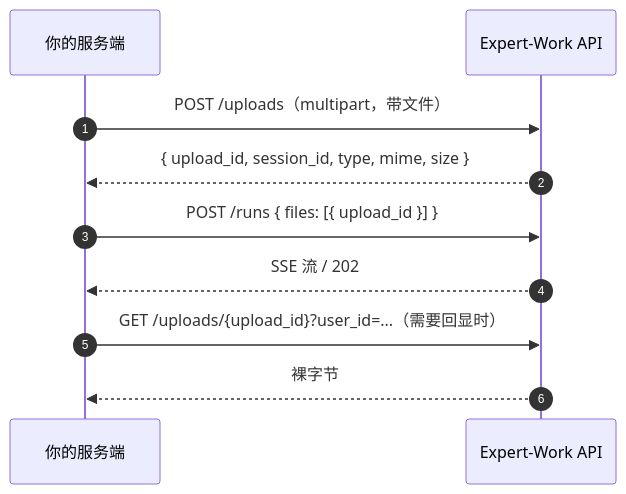
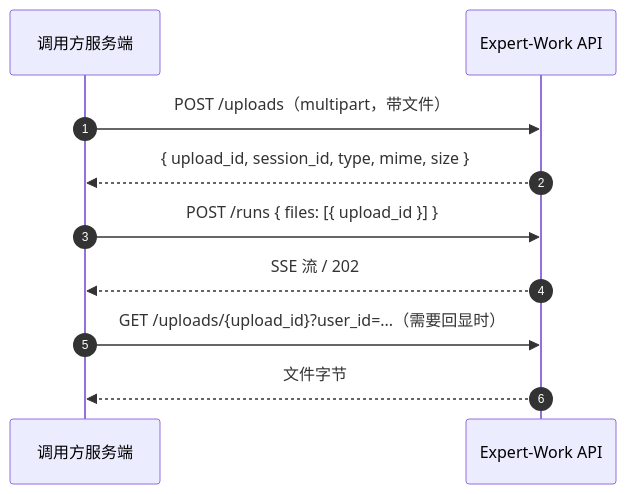
Before and after one commit to deepaihealth/expert-work: the third of 3 diagrams in apps/admin-ui/docs-site/guide/chat.md, drawn with Mermaid. The commit also changed other lines of this file and 2 other files, not shown here.

````diff
--- a/apps/admin-ui/docs-site/guide/chat.md
+++ b/apps/admin-ui/docs-site/guide/chat.md
@@ -206,12 +206,12 @@
 ```mermaid
 sequenceDiagram
     autonumber
-    participant S as 你的服务端
+    participant S as 调用方服务端
     participant E as Expert-Work API
     S->>E: POST /uploads（multipart，带文件）
     E-->>S: { upload_id, session_id, type, mime, size }
     S->>E: POST /runs { files: [{ upload_id }] }
     E-->>S: SSE 流 / 202
     S->>E: GET /uploads/{upload_id}?user_id=...（需要回显时）
-    E-->>S: 裸字节
+    E-->>S: 文件字节
 ```
````
